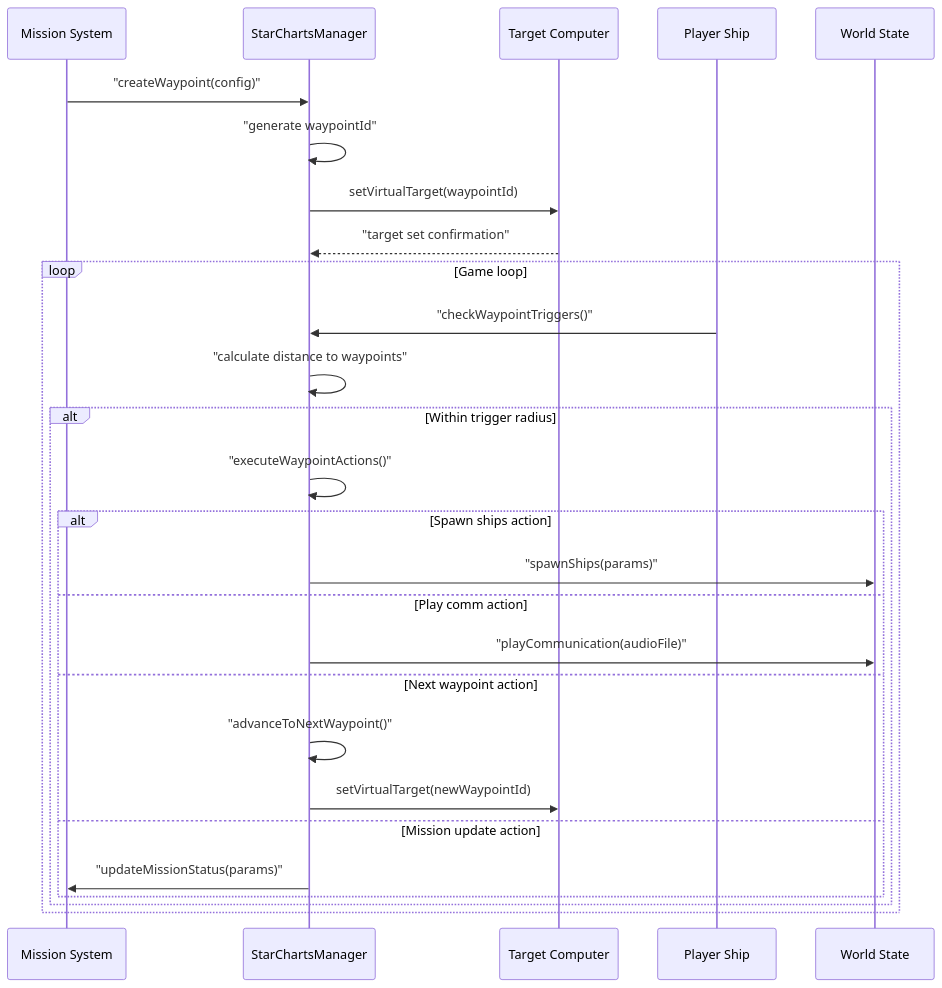
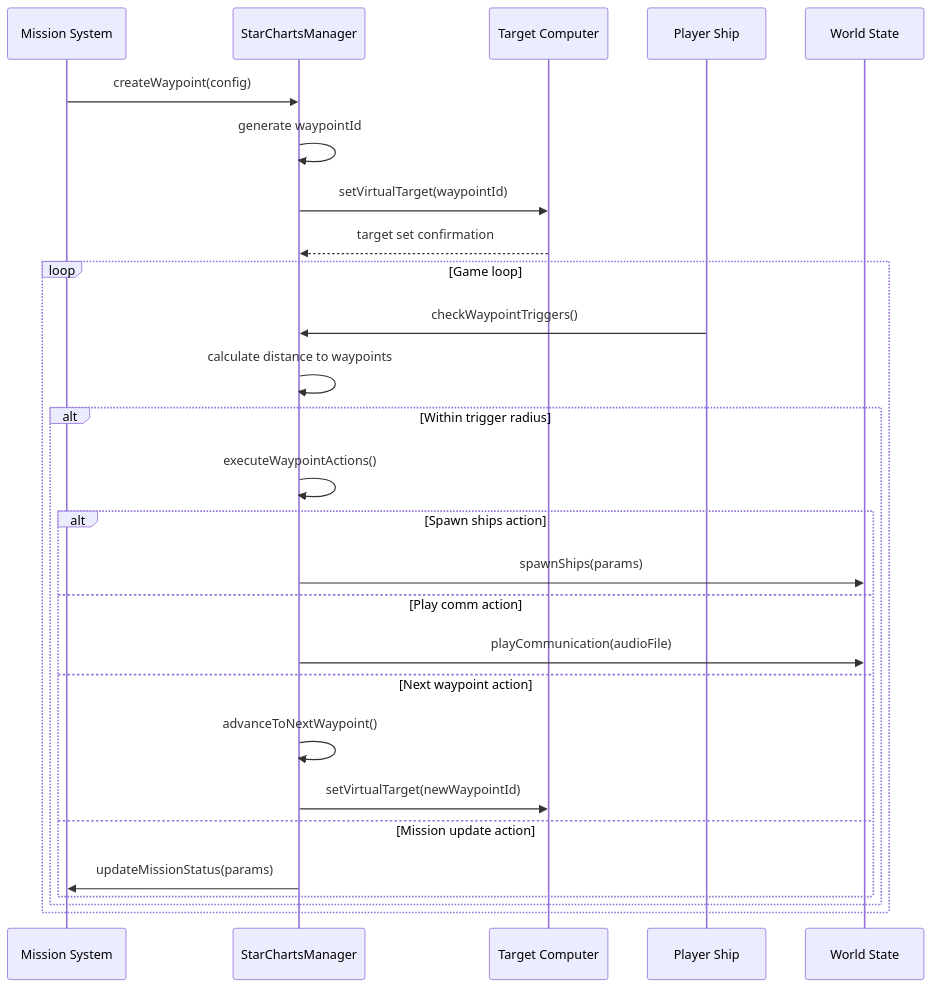
Before and after one commit to thoracle/planetz: the fifth of 7 diagrams in docs/star_charts_system_spec.md, drawn with Mermaid. The commit also changed other lines of this file and 42 other files, not shown here.

Commit message:
star charts with broken targeting

````diff
--- a/docs/star_charts_system_spec.md
+++ b/docs/star_charts_system_spec.md
@@ -497,32 +497,32 @@
 ```mermaid
 sequenceDiagram
     participant MS as Mission System
     participant SCM as StarChartsManager
     participant TC as Target Computer
     participant PS as Player Ship
     participant WS as World State
 
-    MS->>SCM: "createWaypoint(config)"
-    SCM->>SCM: "generate waypointId"
+    MS->>SCM: createWaypoint(config)
+    SCM->>SCM: generate waypointId
     SCM->>TC: setVirtualTarget(waypointId)
-    TC-->>SCM: "target set confirmation"
+    TC-->>SCM: target set confirmation
 
     loop Game loop
-        PS->>SCM: "checkWaypointTriggers()"
-        SCM->>SCM: "calculate distance to waypoints"
+        PS->>SCM: checkWaypointTriggers()
+        SCM->>SCM: calculate distance to waypoints
 
         alt Within trigger radius
-            SCM->>SCM: "executeWaypointActions()"
+            SCM->>SCM: executeWaypointActions()
             alt Spawn ships action
-                SCM->>WS: "spawnShips(params)"
+                SCM->>WS: spawnShips(params)
             else Play comm action
-                SCM->>WS: "playCommunication(audioFile)"
+                SCM->>WS: playCommunication(audioFile)
             else Next waypoint action
-                SCM->>SCM: "advanceToNextWaypoint()"
+                SCM->>SCM: advanceToNextWaypoint()
                 SCM->>TC: setVirtualTarget(newWaypointId)
             else Mission update action
-                SCM->>MS: "updateMissionStatus(params)"
+                SCM->>MS: updateMissionStatus(params)
             end
         end
     end
 ```
````
